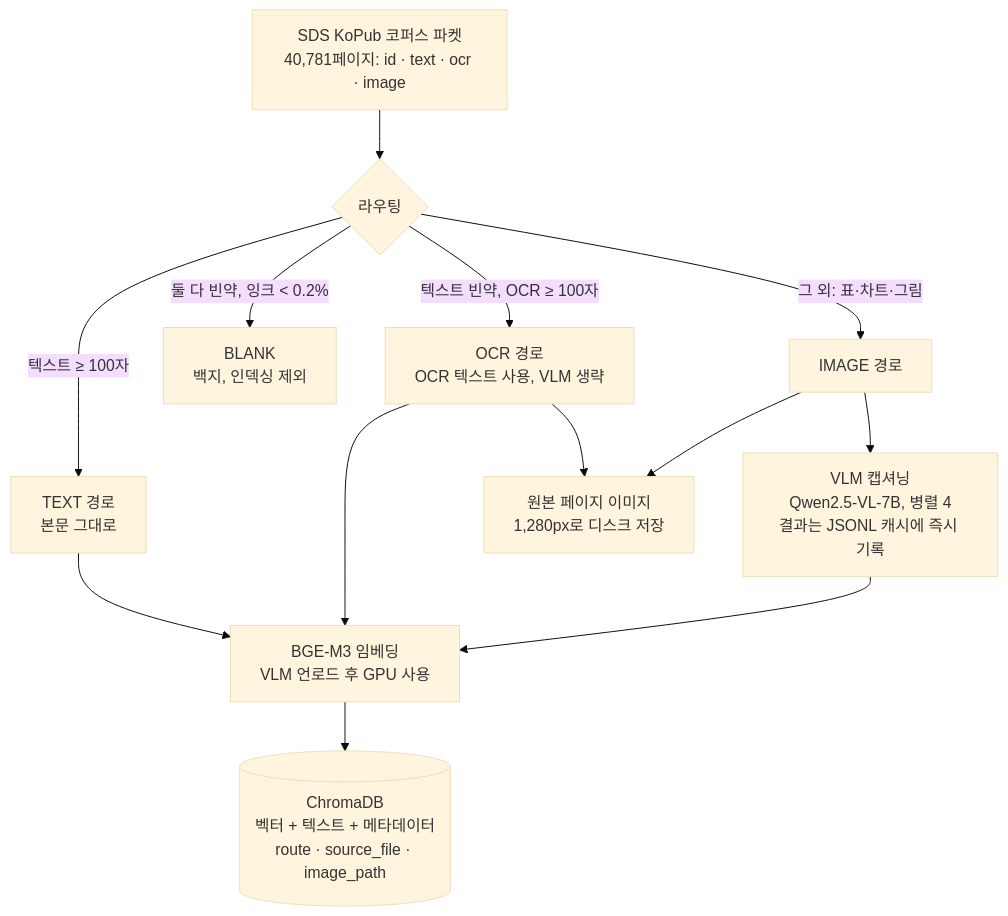
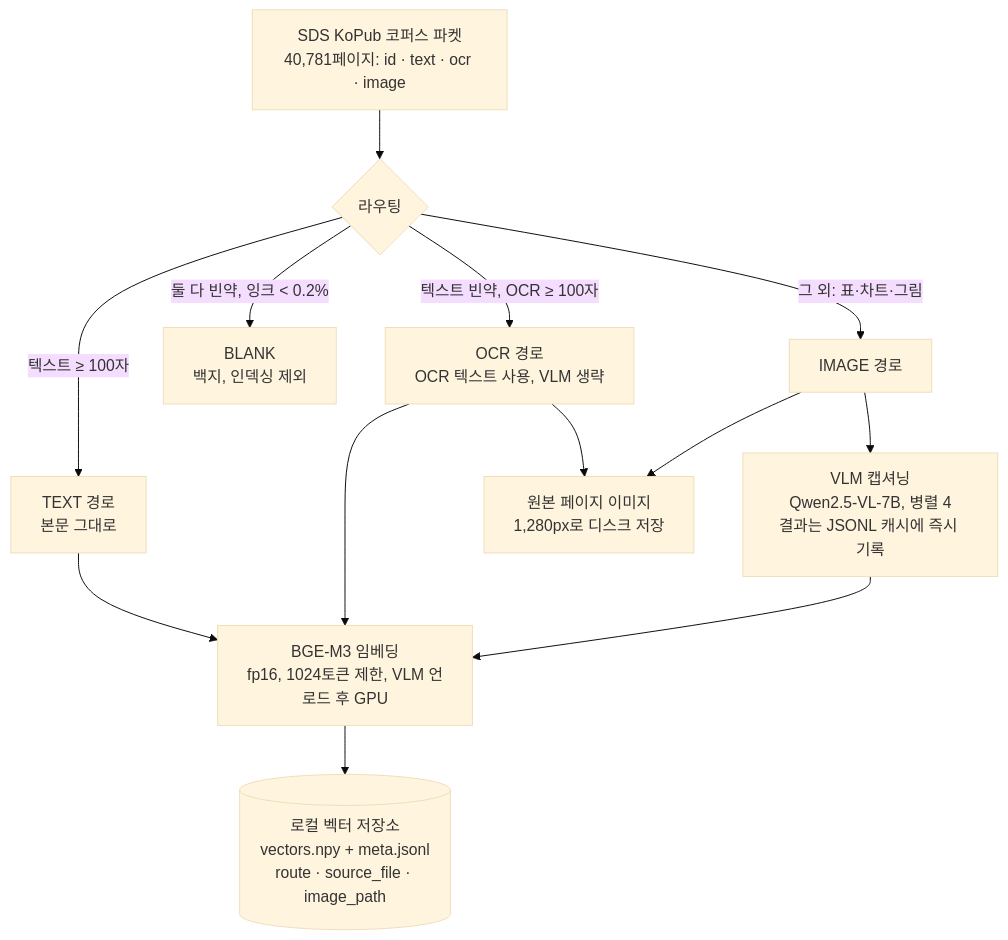
One commit to gkstn0657-ship-it/multimodal-rag changed the first of 2 diagrams in docs/worklog.md. Above: the diagram before and after it, drawn with Mermaid (base theme). The commit also changed other lines of this file, not shown here.

Commit message:
docs: 작업 기록에 임베딩 속도 개선과 벡터 저장소 교체 반영

````diff
--- a/docs/worklog.md
+++ b/docs/worklog.md
@@ -61,15 +62,15 @@
 ```mermaid
 flowchart TD
     A[SDS KoPub 코퍼스 파켓<br/>40,781페이지: id · text · ocr · image] --> B{라우팅}
     B -->|텍스트 ≥ 100자| T[TEXT 경로<br/>본문 그대로]
     B -->|텍스트 빈약, OCR ≥ 100자| O[OCR 경로<br/>OCR 텍스트 사용, VLM 생략]
     B -->|둘 다 빈약, 잉크 < 0.2%| BL[BLANK<br/>백지, 인덱싱 제외]
     B -->|그 외: 표·차트·그림| I[IMAGE 경로]
     I --> C[VLM 캡셔닝<br/>Qwen2.5-VL-7B, 병렬 4<br/>결과는 JSONL 캐시에 즉시 기록]
     O --> S[원본 페이지 이미지<br/>1,280px로 디스크 저장]
     I --> S
     T --> E
     O --> E
-    C --> E[BGE-M3 임베딩<br/>VLM 언로드 후 GPU 사용]
-    E --> DB[(ChromaDB<br/>벡터 + 텍스트 + 메타데이터<br/>route · source_file · image_path)]
+    C --> E[BGE-M3 임베딩<br/>fp16, 1024토큰 제한, VLM 언로드 후 GPU]
+    E --> DB[(로컬 벡터 저장소<br/>vectors.npy + meta.jsonl<br/>route · source_file · image_path)]
 ```
````
